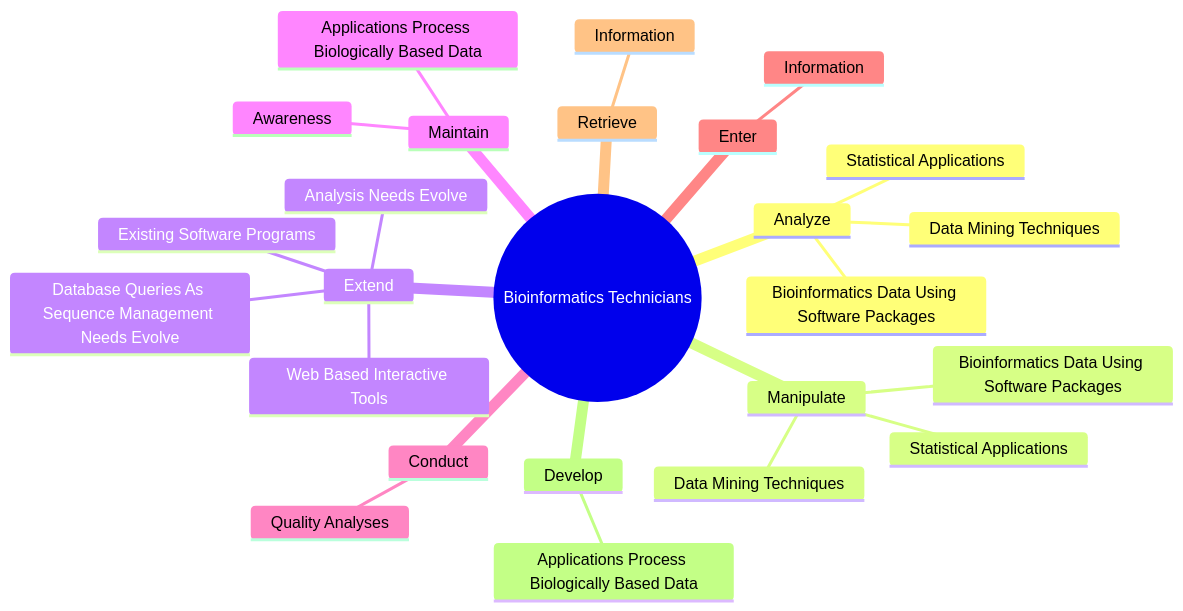
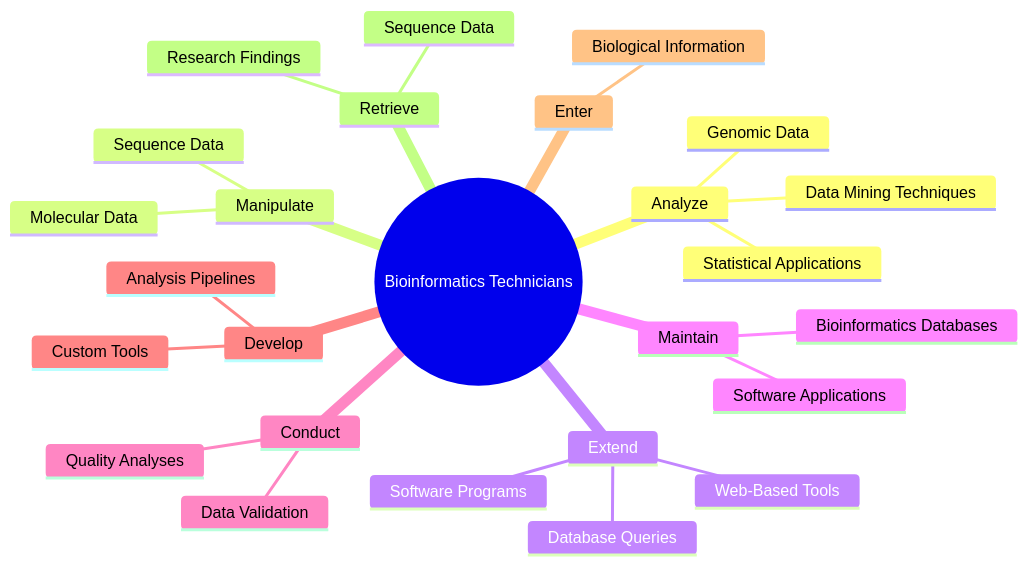
One commit to kziemski/business.org.ai changed the second of 4 diagrams in occupations/Technology/BioinformaticsTechnicians.mdx. Above: the diagram before and after it, drawn with Mermaid. The commit also changed other lines of this file and 938 other files, not shown here.

````diff
--- a/occupations/Technology/BioinformaticsTechnicians.mdx
+++ b/occupations/Technology/BioinformaticsTechnicians.mdx
@@ -38,28 +46,29 @@
 ```mermaid
 mindmap
     root(("Bioinformatics Technicians"))
         Analyze
-            Bioinformatics Data Using Software Packages
+            Genomic Data
             Statistical Applications
             Data Mining Techniques
         Manipulate
-            Bioinformatics Data Using Software Packages
-            Statistical Applications
-            Data Mining Techniques
+            Molecular Data
+            Sequence Data
         Extend
-            Existing Software Programs
-            Web Based Interactive Tools
-            Database Queries As Sequence Management Needs Evolve
-            Analysis Needs Evolve
+            Software Programs
+            Web-Based Tools
+            Database Queries
         Maintain
-            Awareness
-            Applications Process Biologically Based Data
+            Bioinformatics Databases
+            Software Applications
         Conduct
             Quality Analyses
+            Data Validation
+        Develop
+            Analysis Pipelines
+            Custom Tools
         Enter
-            Information
+            Biological Information
         Retrieve
-            Information
-        Develop
-            Applications Process Biologically Based Data
+            Sequence Data
+            Research Findings
 ```
````
